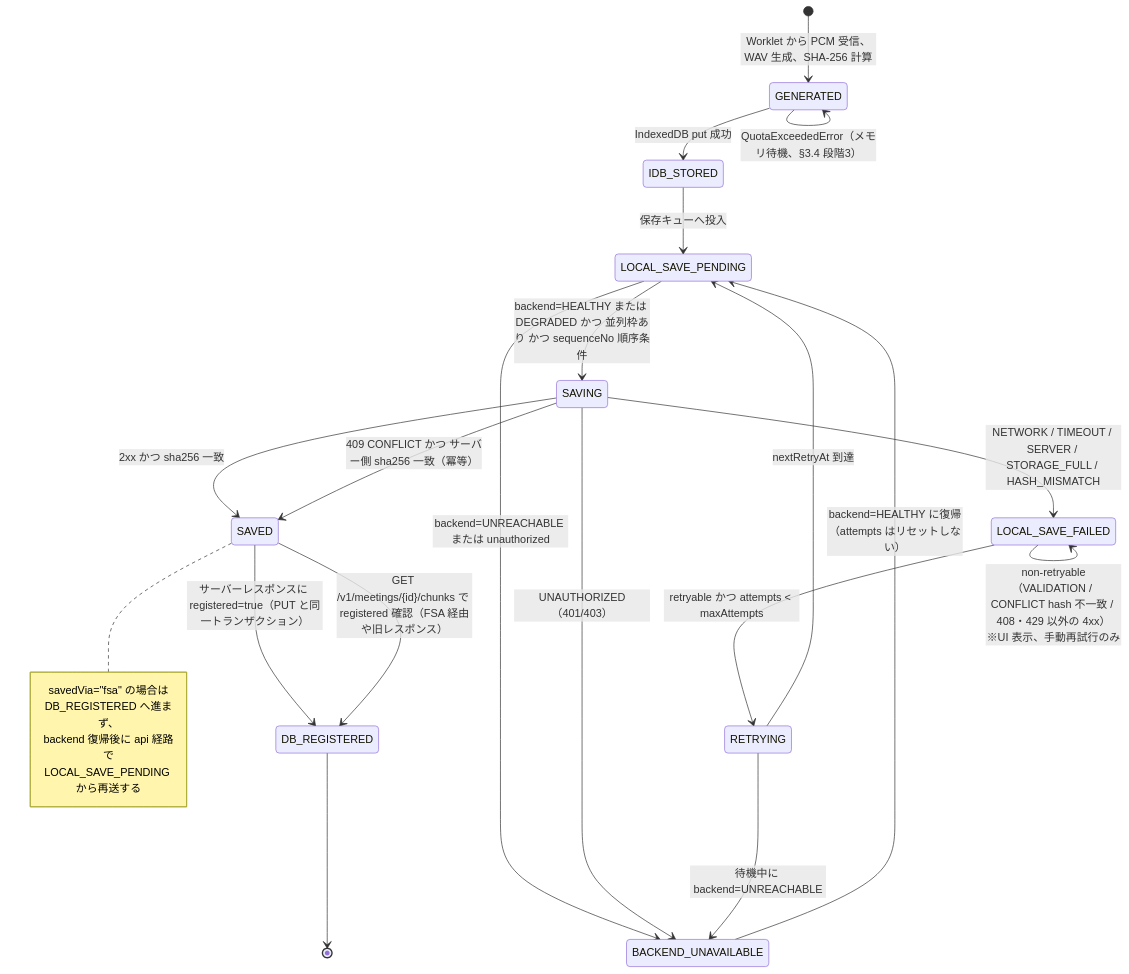
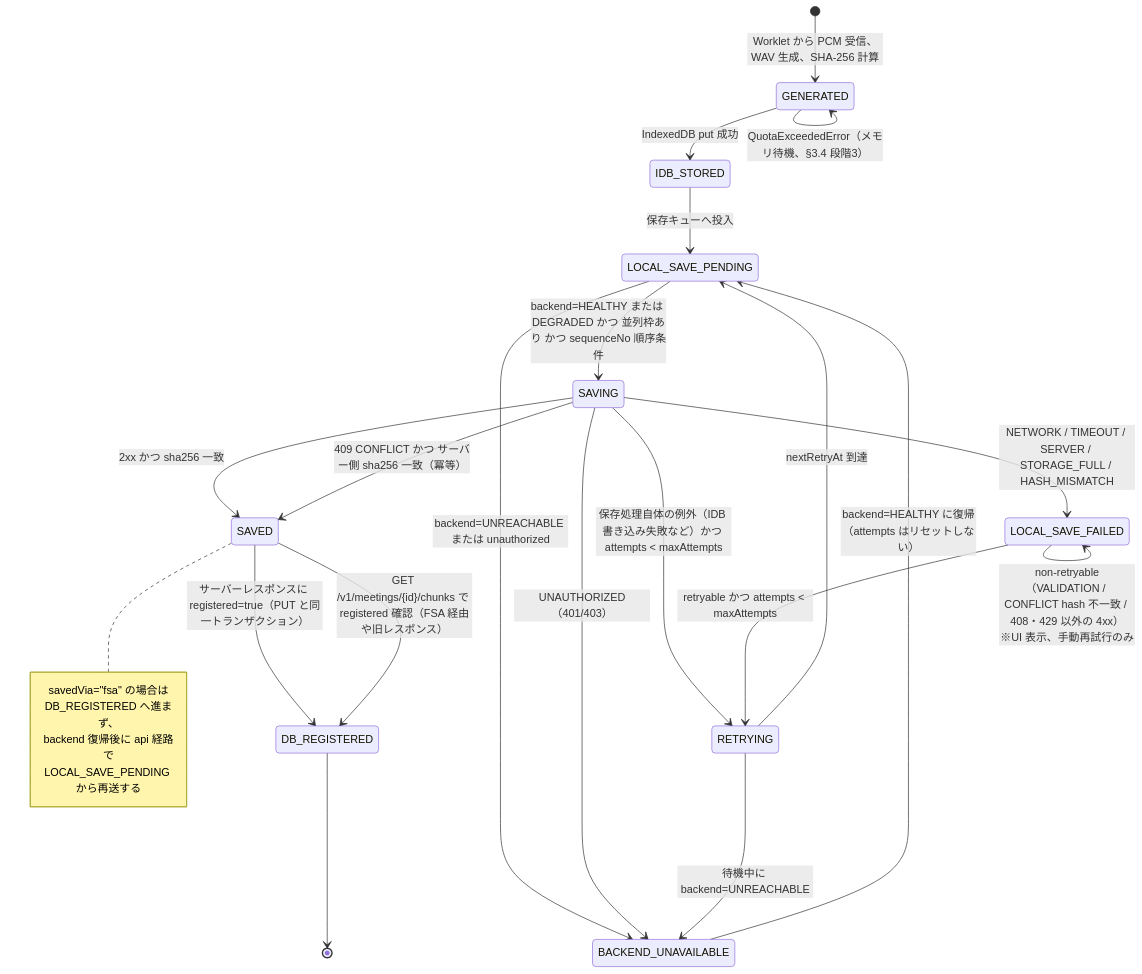
One commit to myoshi2891/Meeting-Minutes-App changed the third of 6 diagrams in design-local-phase1.md. Above: the diagram before and after it, drawn with Mermaid. The commit also changed other lines of this file and 1 other file, not shown here.

````diff
--- a/design-local-phase1.md
+++ b/design-local-phase1.md
@@ -664,27 +665,28 @@
 ```mermaid
 stateDiagram-v2
     [*] --> GENERATED : Worklet から PCM 受信、WAV 生成、SHA-256 計算
     GENERATED --> IDB_STORED : IndexedDB put 成功
     GENERATED --> GENERATED : QuotaExceededError（メモリ待機、§3.4 段階3）
     IDB_STORED --> LOCAL_SAVE_PENDING : 保存キューへ投入
     LOCAL_SAVE_PENDING --> SAVING : backend=HEALTHY または DEGRADED かつ 並列枠あり かつ sequenceNo 順序条件
     LOCAL_SAVE_PENDING --> BACKEND_UNAVAILABLE : backend=UNREACHABLE または unauthorized
     SAVING --> SAVED : 2xx かつ sha256 一致
     SAVING --> LOCAL_SAVE_FAILED : NETWORK / TIMEOUT / SERVER / STORAGE_FULL / HASH_MISMATCH
     SAVING --> BACKEND_UNAVAILABLE : UNAUTHORIZED（401/403）
     SAVING --> SAVED : 409 CONFLICT かつ サーバー側 sha256 一致（冪等）
+    SAVING --> RETRYING : 保存処理自体の例外（IDB 書き込み失敗など）かつ attempts < maxAttempts
     LOCAL_SAVE_FAILED --> RETRYING : retryable かつ attempts < maxAttempts
     LOCAL_SAVE_FAILED --> LOCAL_SAVE_FAILED : non-retryable（VALIDATION / CONFLICT hash 不一致 / 408・429 以外の 4xx）※UI 表示、手動再試行のみ
     RETRYING --> LOCAL_SAVE_PENDING : nextRetryAt 到達
     RETRYING --> BACKEND_UNAVAILABLE : 待機中に backend=UNREACHABLE
     BACKEND_UNAVAILABLE --> LOCAL_SAVE_PENDING : backend=HEALTHY に復帰（attempts はリセットしない）
     SAVED --> DB_REGISTERED : サーバーレスポンスに registered=true（PUT と同一トランザクション）
     SAVED --> DB_REGISTERED : GET /v1/meetings/{id}/chunks で registered 確認（FSA 経由や旧レスポンス）
     DB_REGISTERED --> [*]
     note right of SAVED
         savedVia="fsa" の場合は
         DB_REGISTERED へ進まず、
         backend 復帰後に api 経路で
         LOCAL_SAVE_PENDING から再送する
     end note
 ```
````
